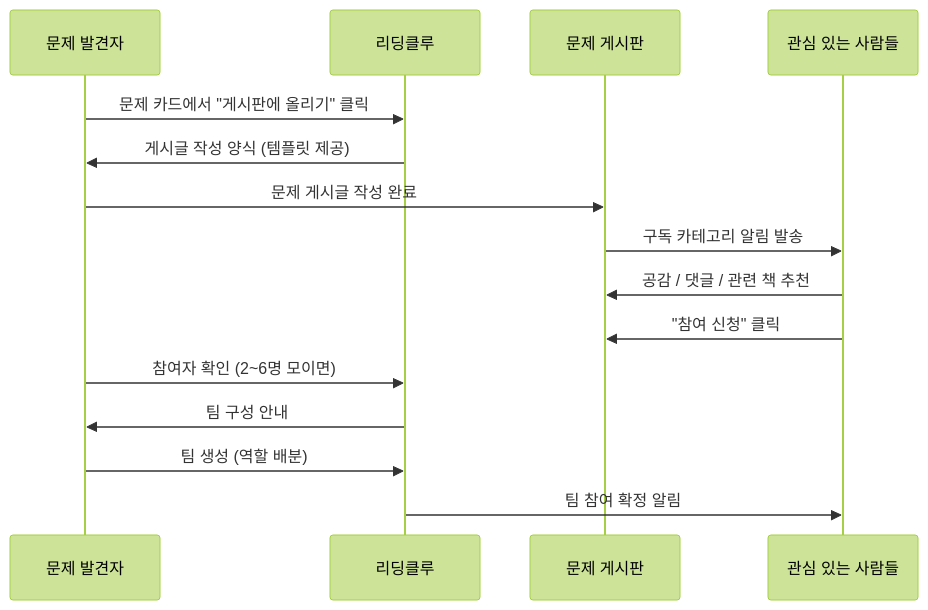
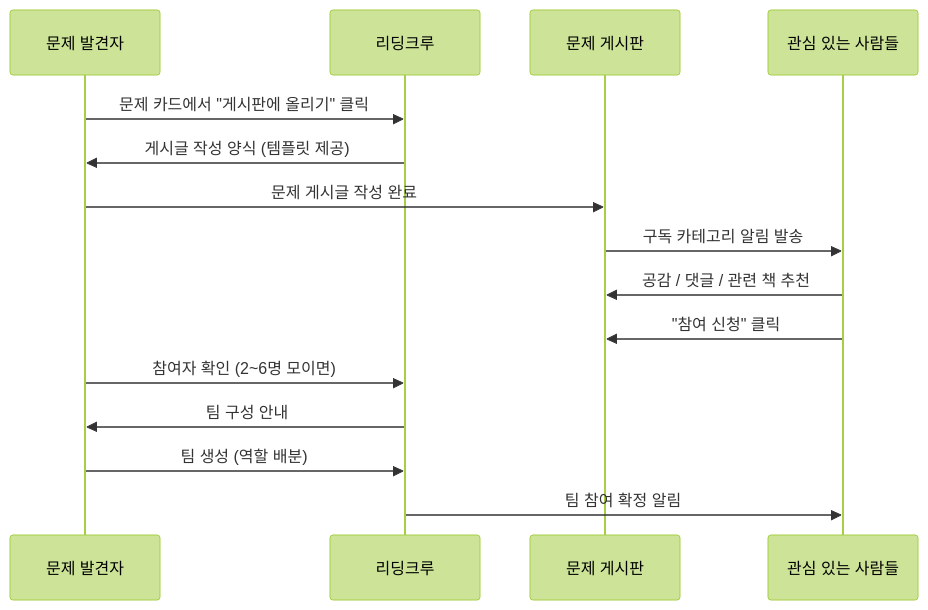
Before and after one commit to Collegenie-X/ReadingClueProject: the sixth of 16 diagrams in 아이디어/6단계-리딩클루_유저시나리오_SMILE형.md, drawn with Mermaid (forest theme). The commit also changed other lines of this file and 9 other files, not shown here.

````diff
--- a/아이디어/6단계-리딩클루_유저시나리오_SMILE형.md
+++ b/아이디어/6단계-리딩클루_유저시나리오_SMILE형.md
@@ -555,20 +555,20 @@
 ```mermaid
 sequenceDiagram
     participant 발견자 as 문제 발견자
-    participant 앱 as 리딩클루
+    participant 앱 as 리딩크루
     participant 게시판 as 문제 게시판
     participant 참여자 as 관심 있는 사람들
 
     발견자->>앱: 문제 카드에서 "게시판에 올리기" 클릭
     앱->>발견자: 게시글 작성 양식 (템플릿 제공)
     발견자->>게시판: 문제 게시글 작성 완료
 
     게시판->>참여자: 구독 카테고리 알림 발송
     참여자->>게시판: 공감 / 댓글 / 관련 책 추천
     참여자->>게시판: "참여 신청" 클릭
 
     발견자->>앱: 참여자 확인 (2~6명 모이면)
     앱->>발견자: 팀 구성 안내
     발견자->>앱: 팀 생성 (역할 배분)
     앱->>참여자: 팀 참여 확정 알림
 ```
````
